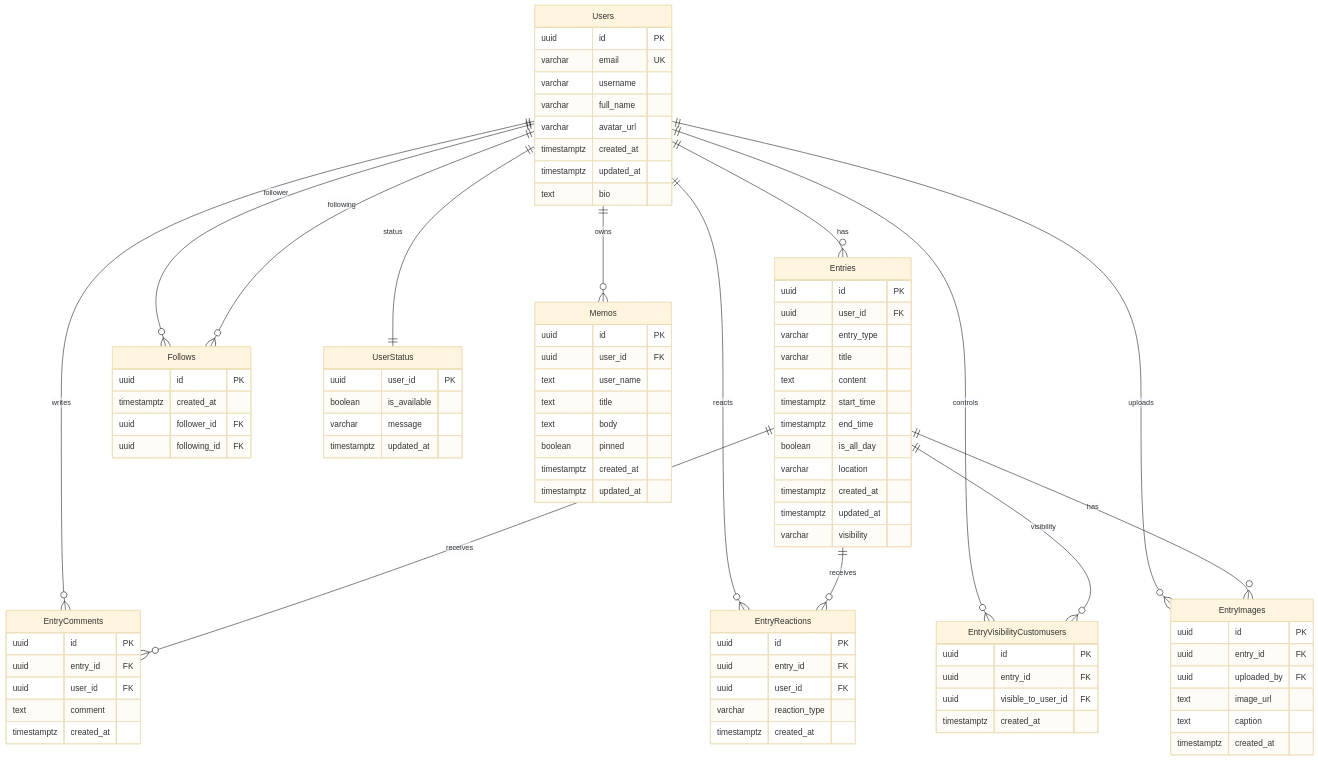
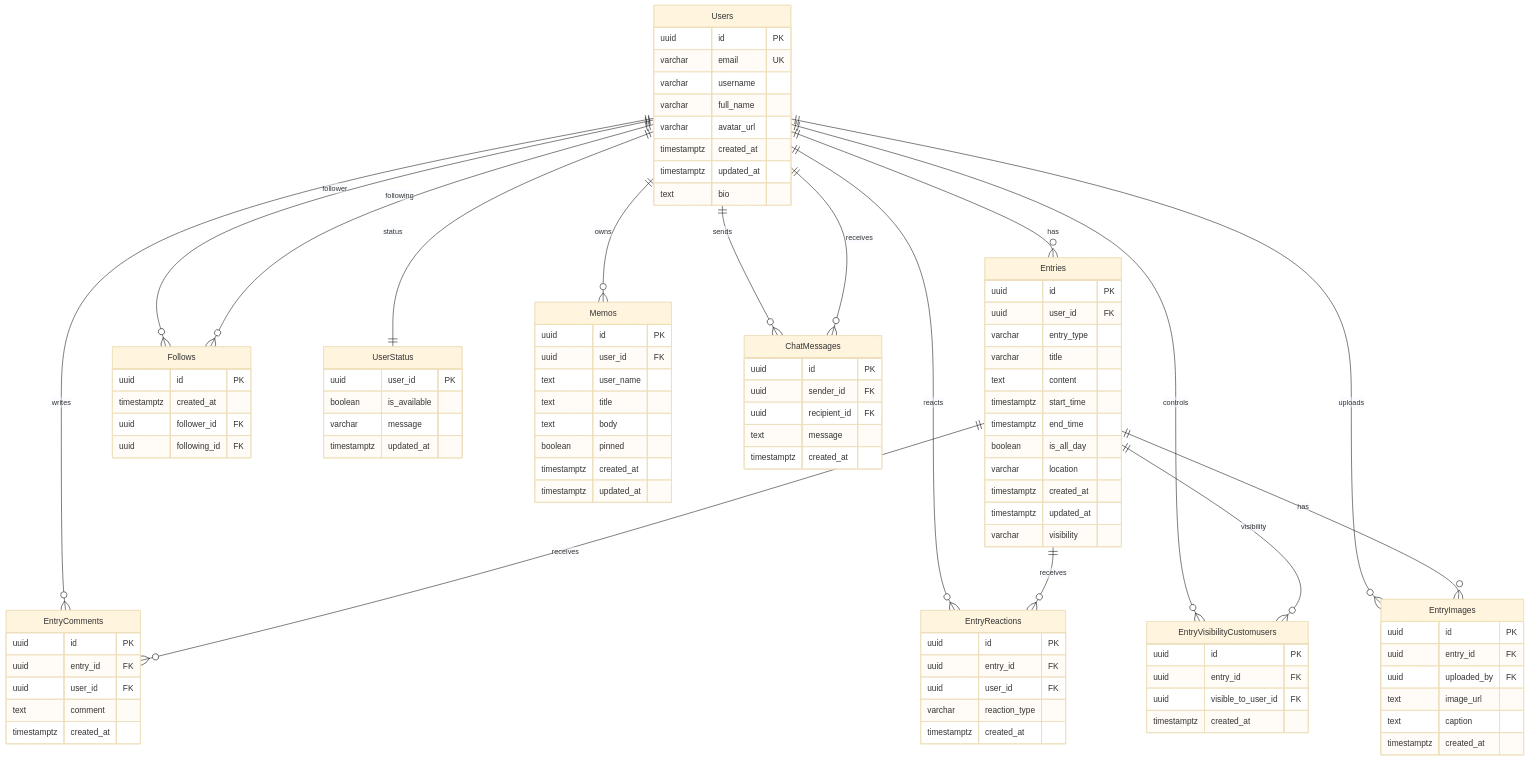
Before and after one commit to nozomi2255/himalink-next: the diagram in ひまリンク/テーブル設計.md, drawn with Mermaid (base theme). The commit also changed other lines of this file and 3 other files, not shown here.

```diff
--- a/ひまリンク/テーブル設計.md
+++ b/ひまリンク/テーブル設計.md
@@ -82,6 +83,14 @@
     timestamptz updated_at
   }
 
+  ChatMessages {
+    uuid   id PK
+    uuid   sender_id FK
+    uuid   recipient_id FK
+    text   message
+    timestamptz created_at
+  }
+
   %% ──────────── Relationships ────────────
   Users ||--o{ Entries : "has"
   Users ||--o{ EntryComments : "writes"
@@ -92,6 +101,8 @@
   Users ||--|| UserStatus : "status"
   Users ||--o{ Memos : "owns"
   Users ||--o{ EntryImages : "uploads"
+  Users ||--o{ ChatMessages : "sends"
+  Users ||--o{ ChatMessages : "receives"
 
   Entries ||--o{ EntryComments : "receives"
   Entries ||--o{ EntryReactions : "receives"
```
